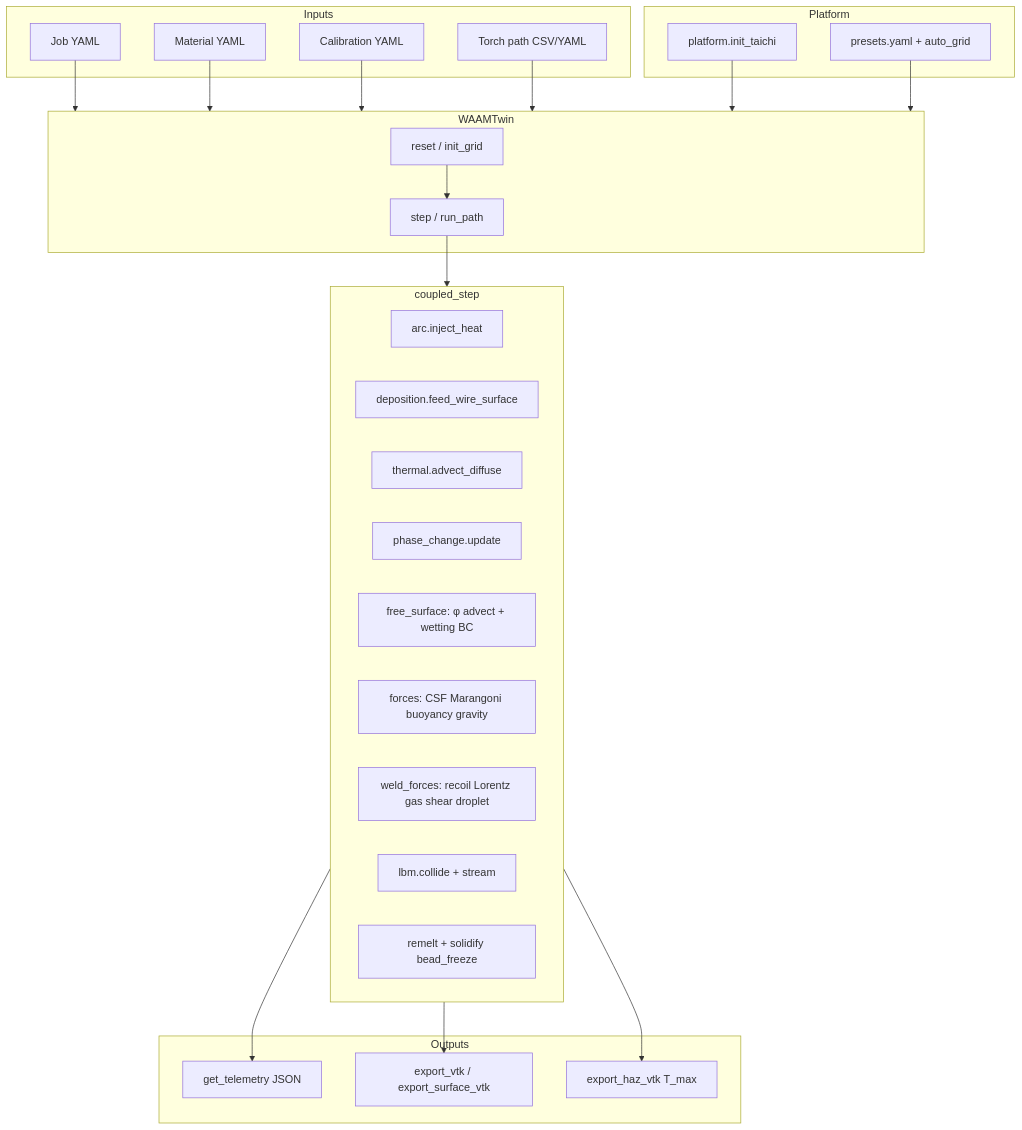
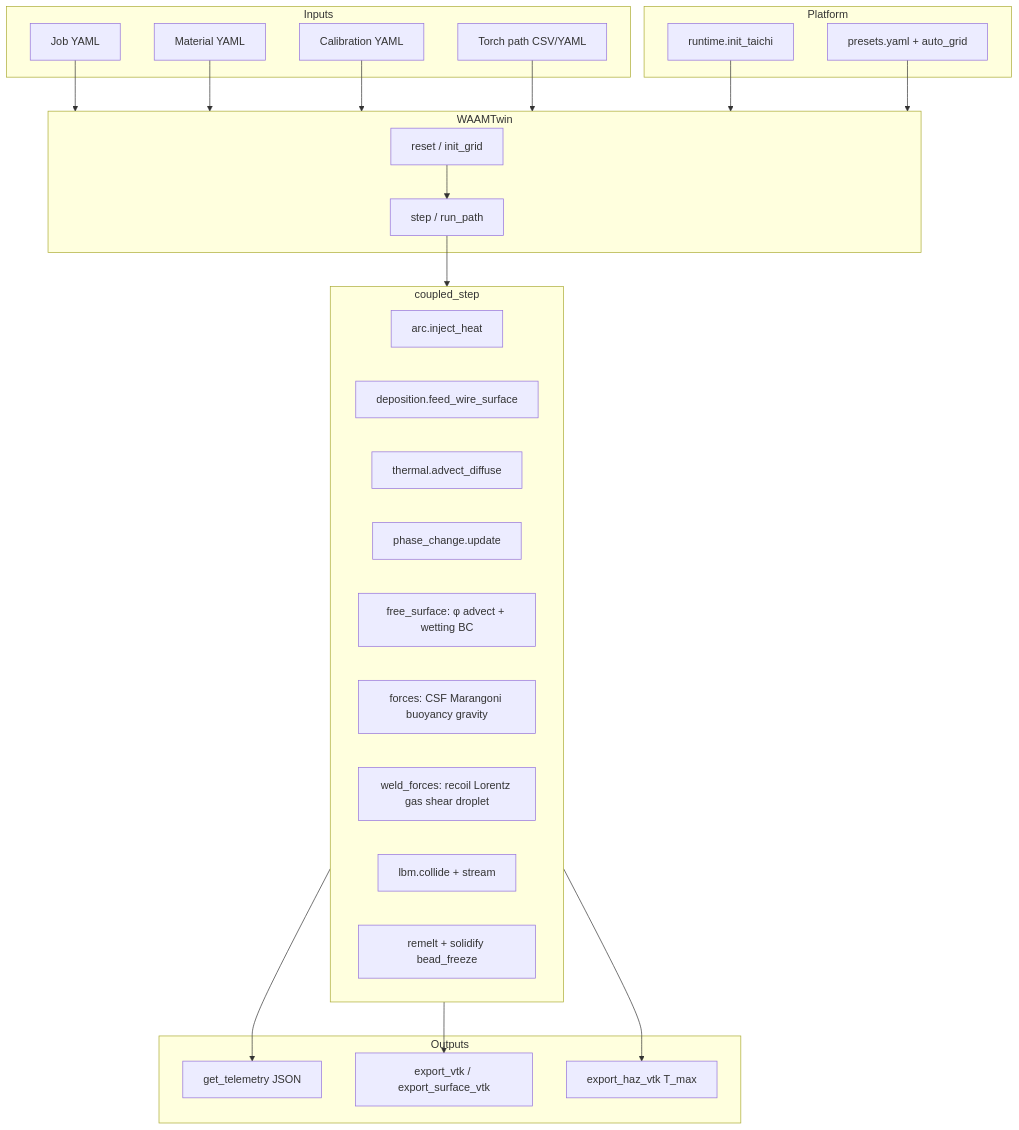
The diagram in README.md (THEDARKDEACON/waam_solver), drawn with Mermaid before and after one commit. The commit also changed other lines of this file and 86 other files, not shown here.

First line of the commit message:
Refactor platform module to runtime

````diff
--- a/README.md
+++ b/README.md
@@ -81,49 +81,49 @@
 ```mermaid
 flowchart TB
   subgraph inputs [Inputs]
     JOB[Job YAML]
     MAT[Material YAML]
     CAL[Calibration YAML]
     PATH[Torch path CSV/YAML]
   end
 
   subgraph platform [Platform]
-    INIT[platform.init_taichi]
+    INIT[runtime.init_taichi]
     PRE[presets.yaml + auto_grid]
   end
 
   subgraph twin [WAAMTwin]
     RESET[reset / init_grid]
     STEP[step / run_path]
   end
 
   subgraph solver [coupled_step]
     ARC[arc.inject_heat]
     DEP[deposition.feed_wire_surface]
     TH[thermal.advect_diffuse]
     PC[phase_change.update]
     VOF[free_surface: φ advect + wetting BC]
     FRC[forces: CSF Marangoni buoyancy gravity]
     WELD[weld_forces: recoil Lorentz gas shear droplet]
     LBM[lbm.collide + stream]
     FRZ[remelt + solidify bead_freeze]
   end
 
   subgraph outputs [Outputs]
     TEL[get_telemetry JSON]
     VTK[export_vtk / export_surface_vtk]
     HAZ[export_haz_vtk T_max]
   end
 
   JOB --> twin
   MAT --> twin
   CAL --> twin
   PATH --> twin
   INIT --> twin
   PRE --> twin
   RESET --> STEP
   STEP --> solver
   solver --> TEL
   solver --> VTK
   solver --> HAZ
 ```
````
